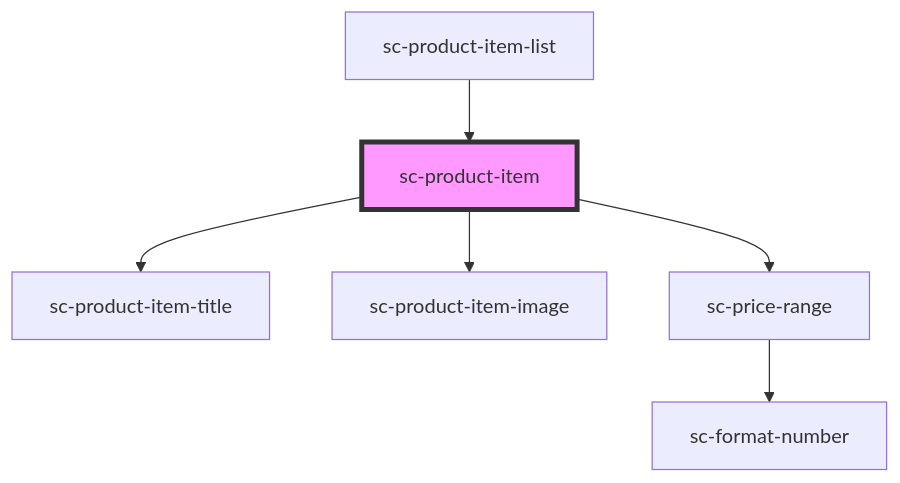
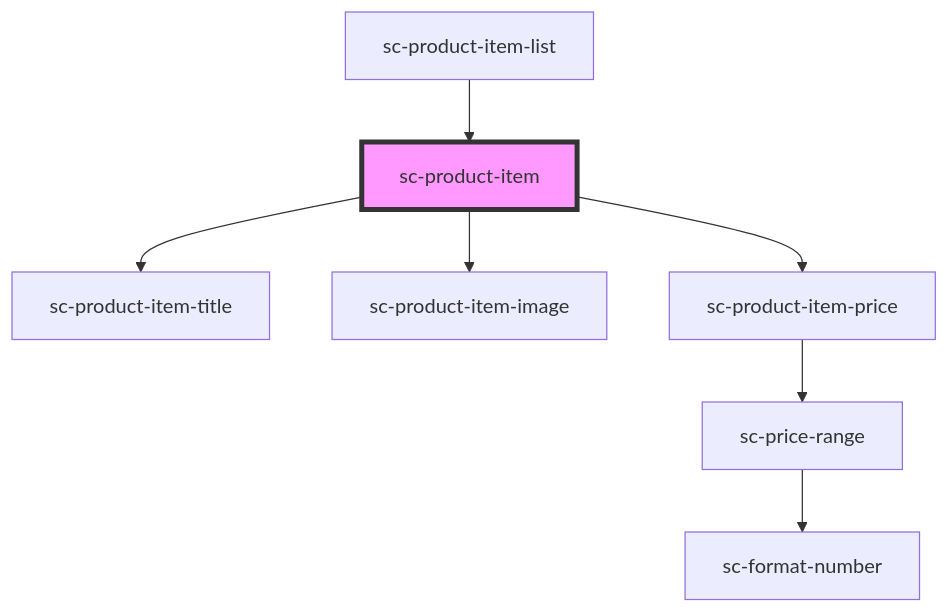
One commit to surecart/surecart-wp-plugin changed the diagram in packages/components/src/components/controllers/products/sc-product-item/readme.md. Above: the diagram before and after it, drawn with Mermaid. The commit also changed other lines of this file and 13 other files, not shown here.

````diff
--- a/packages/components/src/components/controllers/products/sc-product-item/readme.md
+++ b/packages/components/src/components/controllers/products/sc-product-item/readme.md
@@ -31,9 +29,10 @@
 ```mermaid
 graph TD;
   sc-product-item --> sc-product-item-title
   sc-product-item --> sc-product-item-image
-  sc-product-item --> sc-price-range
+  sc-product-item --> sc-product-item-price
+  sc-product-item-price --> sc-price-range
   sc-price-range --> sc-format-number
   sc-product-item-list --> sc-product-item
   style sc-product-item fill:#f9f,stroke:#333,stroke-width:4px
 ```
````
